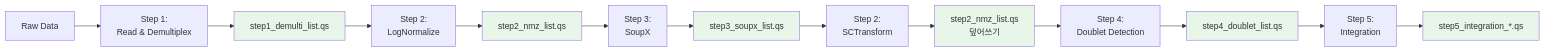
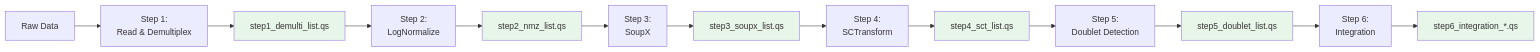
The diagram in docs/pipe/DATA_FLOW.md (JasonK94/mylit), drawn with Mermaid before and after one commit. The commit also changed other lines of this file and 6 other files, not shown here.

First line of the commit message:
Restructure pipeline: separate SCTransform as Step 4

````diff
--- a/docs/pipe/DATA_FLOW.md
+++ b/docs/pipe/DATA_FLOW.md
@@ -9,22 +9,22 @@
 ```mermaid
 flowchart LR
     A[Raw Data] --> B[Step 1:<br/>Read & Demultiplex]
     B --> B1[step1_demulti_list.qs]
     B1 --> C[Step 2:<br/>LogNormalize]
     C --> C1[step2_nmz_list.qs]
     C1 --> D[Step 3:<br/>SoupX]
     D --> D1[step3_soupx_list.qs]
-    D1 --> E[Step 2:<br/>SCTransform]
-    E --> E1[step2_nmz_list.qs<br/>덮어쓰기]
-    E1 --> F[Step 4:<br/>Doublet Detection]
-    F --> F1[step4_doublet_list.qs]
-    F1 --> G[Step 5:<br/>Integration]
-    G --> G1[step5_integration_*.qs]
+    D1 --> E[Step 4:<br/>SCTransform]
+    E --> E1[step4_sct_list.qs]
+    E1 --> F[Step 5:<br/>Doublet Detection]
+    F --> F1[step5_doublet_list.qs]
+    F1 --> G[Step 6:<br/>Integration]
+    G --> G1[step6_integration_*.qs]
     
     style B1 fill:#e8f5e9
     style C1 fill:#e8f5e9
     style D1 fill:#e8f5e9
     style E1 fill:#e8f5e9
     style F1 fill:#e8f5e9
     style G1 fill:#e8f5e9
 ```
````
